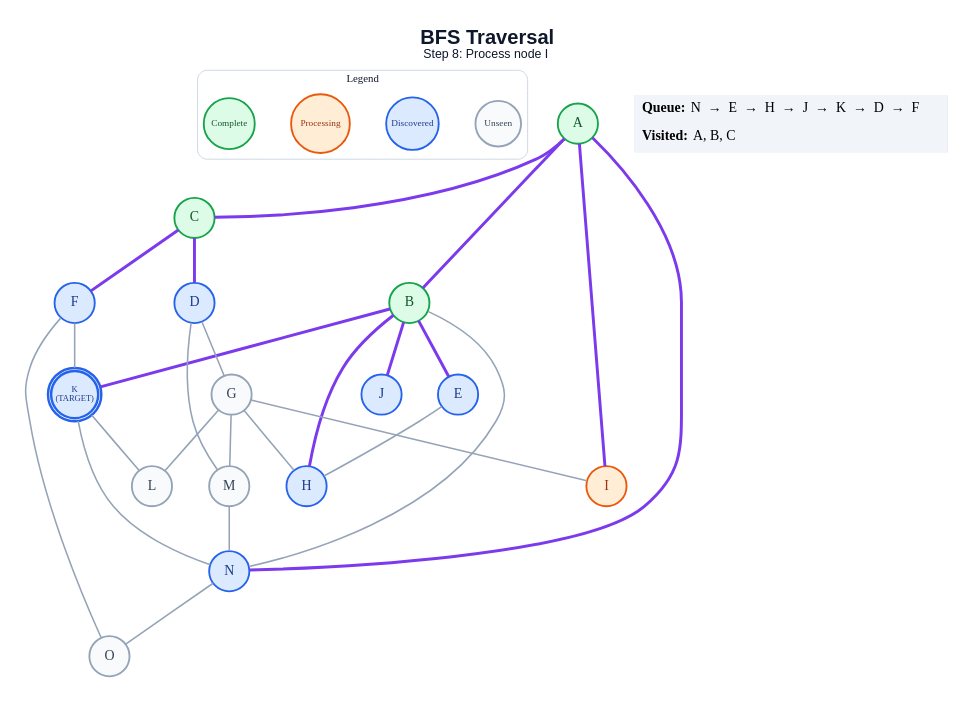
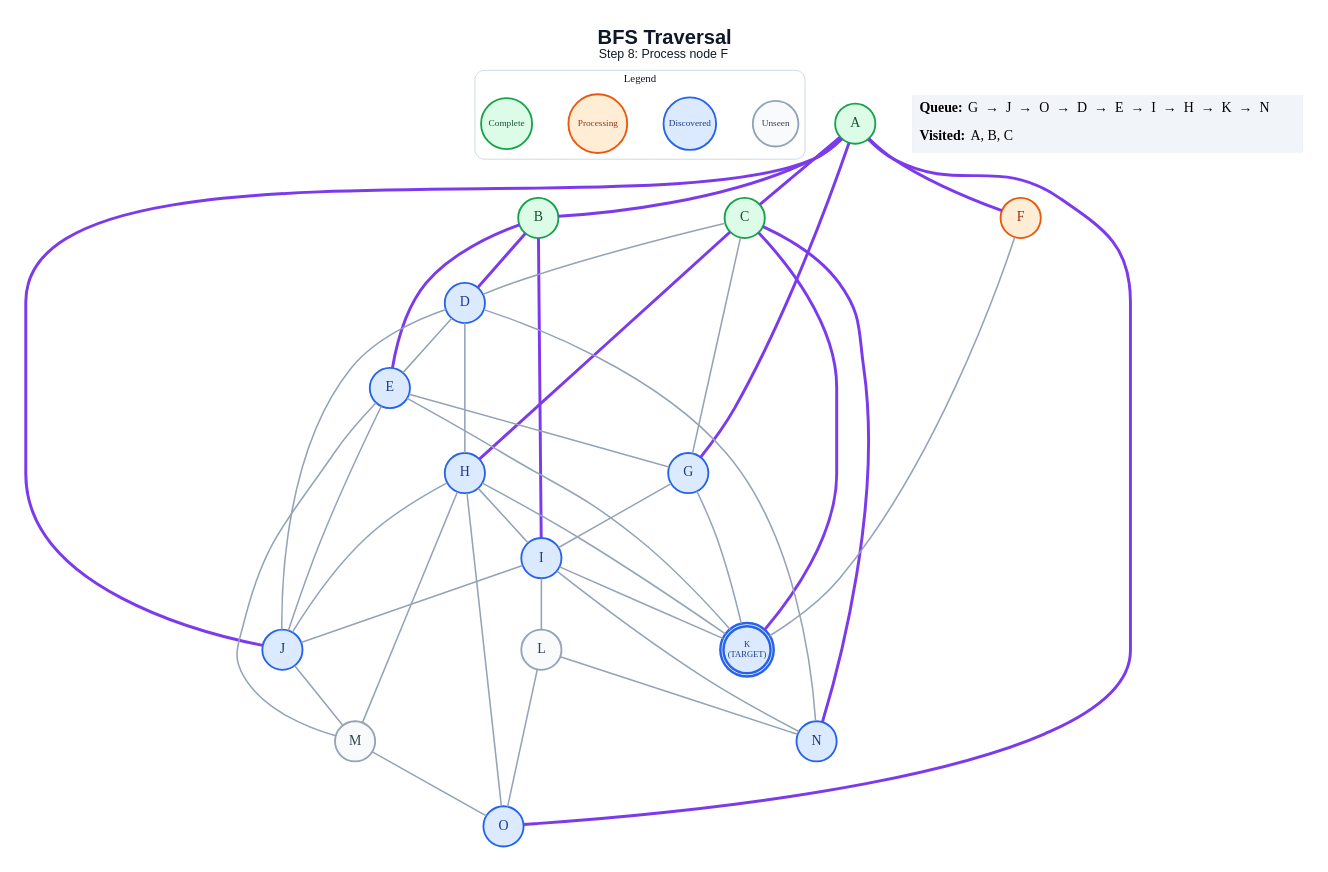
The diagram in generated/bfs/step_08.dot (anon7238593-create/ai-slop), drawn with Graphviz before and after one commit. The commit also changed 241 other files, not shown here.

```diff
--- a/generated/bfs/step_08.dot
+++ b/generated/bfs/step_08.dot
@@ -1,58 +1,72 @@
 graph traversal {
   graph [layout=dot, rankdir=TB, bgcolor="#FFFFFF", pad="0.35", nodesep="0.65", ranksep="0.8", fontname="Arial"];
   node [shape=circle, style="filled", fontname="Arial Bold", fontsize=18, width=0.72, fixedsize=true, penwidth=2.4];
   edge [color="#94A3B8", penwidth=2.0];
-  label=<<B>BFS Traversal</B><BR/><FONT POINT-SIZE="16">Step 8: Process node I</FONT>>; labelloc="t"; fontsize=26; fontname="Arial"; fontcolor="#0F172A";
+  label=<<B>BFS Traversal</B><BR/><FONT POINT-SIZE="16">Step 8: Process node F</FONT>>; labelloc="t"; fontsize=26; fontname="Arial"; fontcolor="#0F172A";
   subgraph cluster_legend { label="Legend"; color="#CBD5E1"; penwidth=1.2; style="rounded"; fontsize=14; fontname="Arial Bold";
     key_unseen [label="Unseen", fillcolor="#F8FAFC", color="#94A3B8", fontcolor="#334155", fontsize=12, width=0.82];
     key_frontier [label="Discovered", fillcolor="#DBEAFE", color="#2563EB", fontcolor="#1E3A8A", fontsize=12, width=0.95];
     key_current [label="Processing", fillcolor="#FFEDD5", color="#EA580C", fontcolor="#9A3412", fontsize=12, width=1.05];
     key_done [label="Complete", fillcolor="#DCFCE7", color="#16A34A", fontcolor="#14532D", fontsize=12, width=0.92];
     { rank=same; key_unseen; key_frontier; key_current; key_done; }
   }
   A [label="A", fillcolor="#DCFCE7", color="#16A34A", fontcolor="#14532D", peripheries=1, penwidth=2.4];
   B [label="B", fillcolor="#DCFCE7", color="#16A34A", fontcolor="#14532D", peripheries=1, penwidth=2.4];
   C [label="C", fillcolor="#DCFCE7", color="#16A34A", fontcolor="#14532D", peripheries=1, penwidth=2.4];
   D [label="D", fillcolor="#DBEAFE", color="#2563EB", fontcolor="#1E3A8A", peripheries=1, penwidth=2.4];
   E [label="E", fillcolor="#DBEAFE", color="#2563EB", fontcolor="#1E3A8A", peripheries=1, penwidth=2.4];
-  F [label="F", fillcolor="#DBEAFE", color="#2563EB", fontcolor="#1E3A8A", peripheries=1, penwidth=2.4];
-  G [label="G", fillcolor="#F8FAFC", color="#94A3B8", fontcolor="#334155", peripheries=1, penwidth=2.4];
+  F [label="F", fillcolor="#FFEDD5", color="#EA580C", fontcolor="#9A3412", peripheries=1, penwidth=2.4];
+  G [label="G", fillcolor="#DBEAFE", color="#2563EB", fontcolor="#1E3A8A", peripheries=1, penwidth=2.4];
   H [label="H", fillcolor="#DBEAFE", color="#2563EB", fontcolor="#1E3A8A", peripheries=1, penwidth=2.4];
-  I [label="I", fillcolor="#FFEDD5", color="#EA580C", fontcolor="#9A3412", peripheries=1, penwidth=2.4];
+  I [label="I", fillcolor="#DBEAFE", color="#2563EB", fontcolor="#1E3A8A", peripheries=1, penwidth=2.4];
   J [label="J", fillcolor="#DBEAFE", color="#2563EB", fontcolor="#1E3A8A", peripheries=1, penwidth=2.4];
   K [label="K\n(TARGET)", fillcolor="#DBEAFE", color="#2563EB", fontcolor="#1E3A8A", peripheries=2, penwidth=3.2, fontsize=11, width=0.85, height=0.85];
   L [label="L", fillcolor="#F8FAFC", color="#94A3B8", fontcolor="#334155", peripheries=1, penwidth=2.4];
   M [label="M", fillcolor="#F8FAFC", color="#94A3B8", fontcolor="#334155", peripheries=1, penwidth=2.4];
   N [label="N", fillcolor="#DBEAFE", color="#2563EB", fontcolor="#1E3A8A", peripheries=1, penwidth=2.4];
-  O [label="O", fillcolor="#F8FAFC", color="#94A3B8", fontcolor="#334155", peripheries=1, penwidth=2.4];
+  O [label="O", fillcolor="#DBEAFE", color="#2563EB", fontcolor="#1E3A8A", peripheries=1, penwidth=2.4];
   A -- B [color="#7C3AED", penwidth=3.8];
   A -- C [color="#7C3AED", penwidth=3.8];
-  A -- I [color="#7C3AED", penwidth=3.8];
-  A -- N [color="#7C3AED", penwidth=3.8];
+  A -- F [color="#7C3AED", penwidth=3.8];
+  A -- G [color="#7C3AED", penwidth=3.8];
+  A -- J [color="#7C3AED", penwidth=3.8];
+  A -- O [color="#7C3AED", penwidth=3.8];
+  B -- D [color="#7C3AED", penwidth=3.8];
   B -- E [color="#7C3AED", penwidth=3.8];
-  B -- H [color="#7C3AED", penwidth=3.8];
-  B -- J [color="#7C3AED", penwidth=3.8];
-  B -- K [color="#7C3AED", penwidth=3.8];
-  B -- N;
-  C -- D [color="#7C3AED", penwidth=3.8];
-  C -- F [color="#7C3AED", penwidth=3.8];
-  D -- G;
-  D -- M;
-  E -- H;
+  B -- I [color="#7C3AED", penwidth=3.8];
+  C -- D;
+  C -- G;
+  C -- H [color="#7C3AED", penwidth=3.8];
+  C -- K [color="#7C3AED", penwidth=3.8];
+  C -- N [color="#7C3AED", penwidth=3.8];
+  D -- E;
+  D -- H;
+  D -- J;
+  D -- N;
+  E -- G;
+  E -- J;
+  E -- K;
+  E -- M;
   F -- K;
-  F -- O;
-  G -- H;
   G -- I;
-  G -- L;
-  G -- M;
-  K -- L;
-  K -- N;
-  M -- N;
-  N -- O;
+  G -- K;
+  H -- I;
+  H -- J;
+  H -- K;
+  H -- M;
+  H -- O;
+  I -- J;
+  I -- K;
+  I -- L;
+  I -- N;
+  J -- M;
+  L -- N;
+  L -- O;
+  M -- O;
   status [shape=plain, fixedsize=false, width=0, height=0, margin=0, label=<
     <TABLE BORDER="0" CELLBORDER="0" CELLPADDING="7" BGCOLOR="#F1F5F9">
-      <TR><TD ALIGN="LEFT"><B>Queue:</B> N  →  E  →  H  →  J  →  K  →  D  →  F</TD></TR>
+      <TR><TD ALIGN="LEFT"><B>Queue:</B> G  →  J  →  O  →  D  →  E  →  I  →  H  →  K  →  N</TD></TR>
       <TR><TD ALIGN="LEFT"><B>Visited:</B> A, B, C</TD></TR>
     </TABLE>
   >];
 }
```
